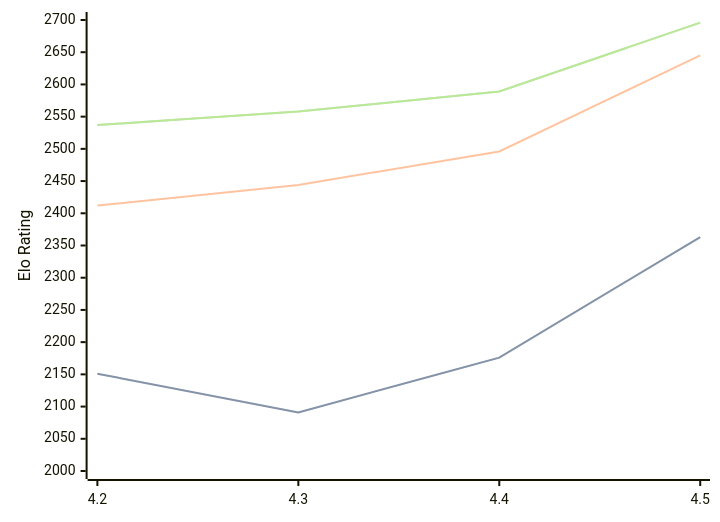
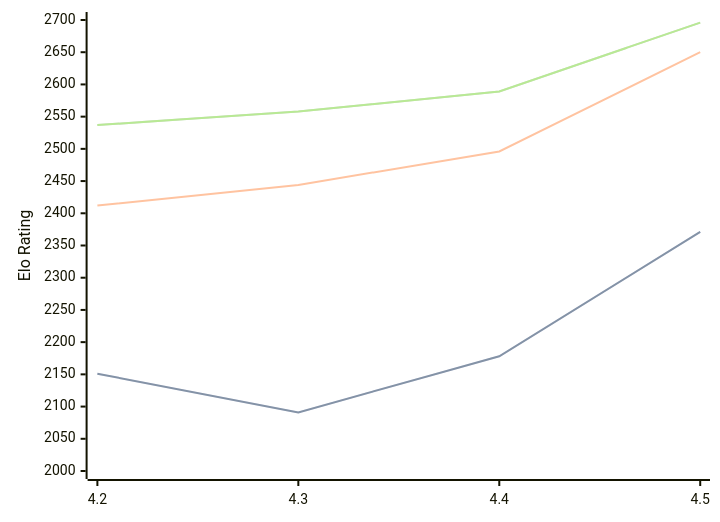
The first of 3 diagrams in engines/Eubos.md (computer-chess-index/cci), drawn with Mermaid before and after one commit. The commit also changed other lines of this file, not shown here.

````diff
--- a/engines/Eubos.md
+++ b/engines/Eubos.md
@@ -90,11 +90,11 @@
 ```mermaid
 %%{init: {"theme":"base","themeVariables":{"seriesColors:['#a3a3a3','#222221','#faa371']}}}%%
 xychart-beta
   x-axis ["4.2", "4.3", "4.4", "4.5"]
   y-axis "Elo Rating" 2000 --> 2700
-  line "STC (8.0+0.08s)" [2151, 2091, 2176, 2363]
-  line "STC (8.0+0.08s)" [2151, 2091, 2176, 2363]
-  line "LTC (60.0+0.60s)" [2412, 2444, 2496, 2645]
+  line "STC (8.0+0.08s)" [2151, 2091, 2178, 2371]
+  line "STC (8.0+0.08s)" [2151, 2091, 2178, 2371]
+  line "LTC (60.0+0.60s)" [2412, 2444, 2496, 2650]
   line "VLTC (2m24s+1.12s)" [2537, 2558, 2589, 2696]
   line "VLTC (2m24s+1.12s)" [2537, 2558, 2589, 2696]
 ```
````
